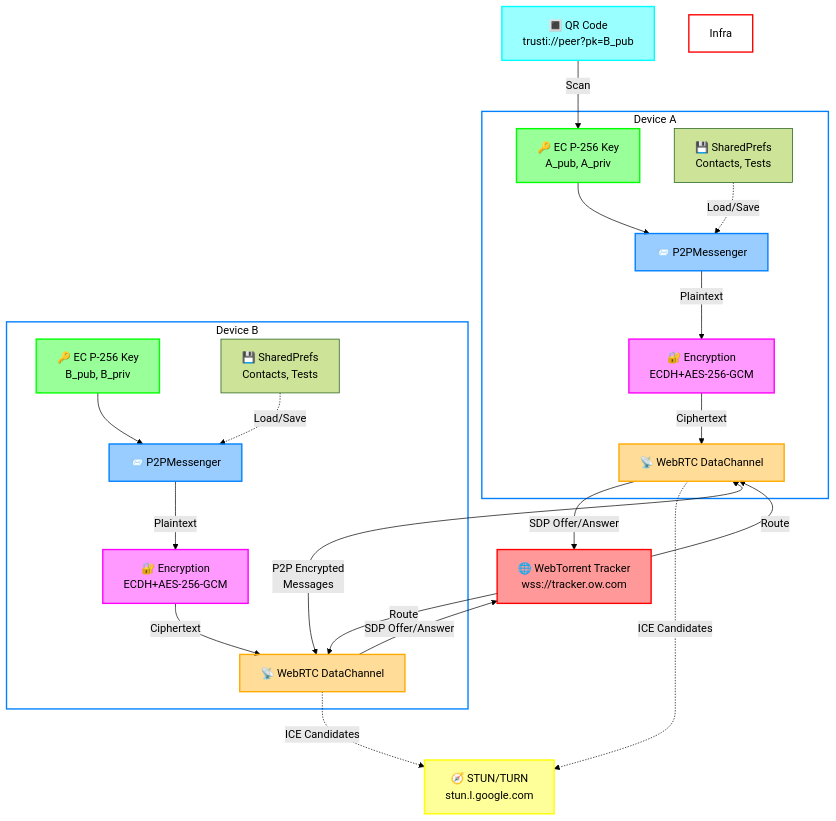
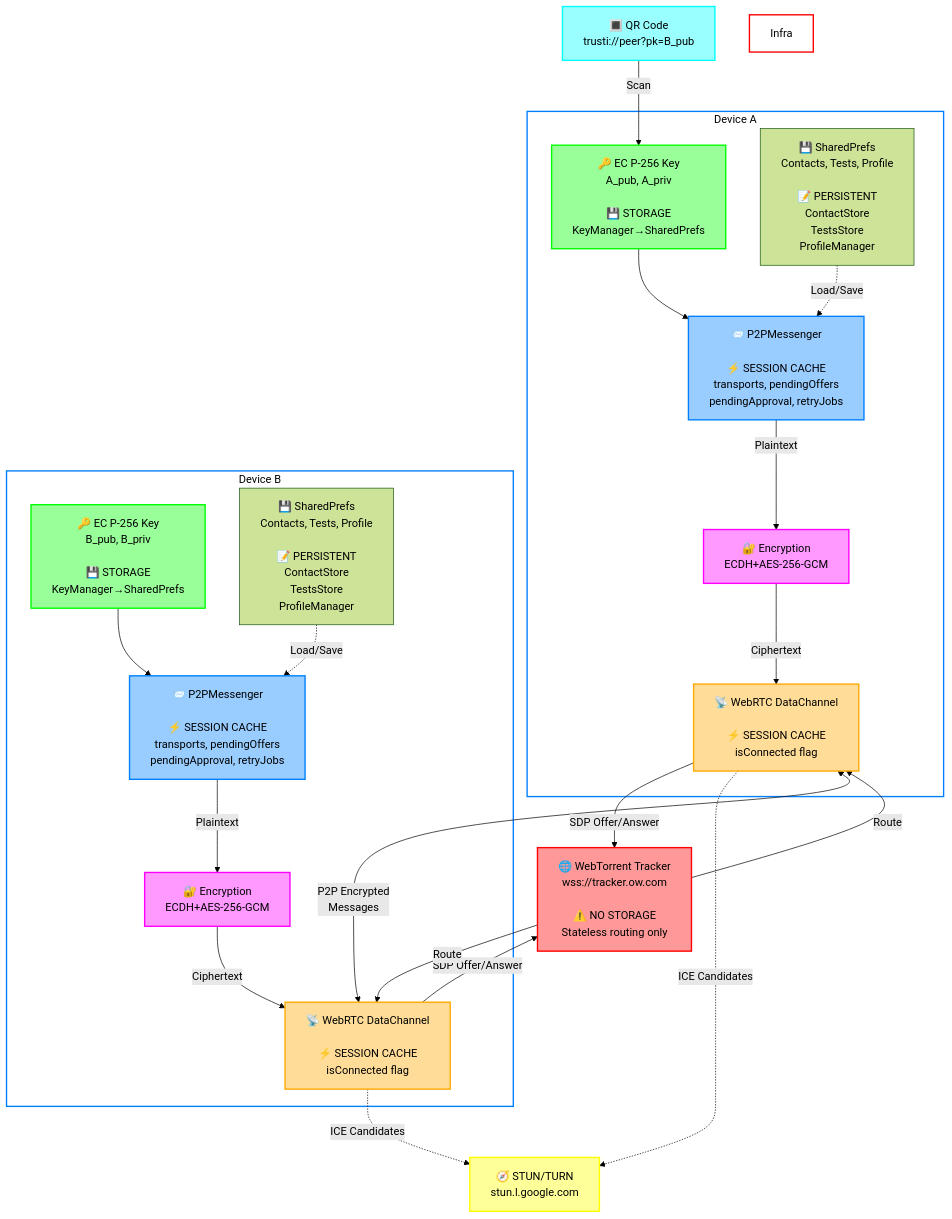
The first of 8 diagrams in README.md (davidevecchi/TruSTI), drawn with Mermaid (forest theme) before and after one commit. The commit also changed other lines of this file, not shown here.

````diff
--- a/README.md
+++ b/README.md
@@ -7,64 +7,64 @@
 ```mermaid
 graph TB
     QR["🔳 QR Code<br/>trusti://peer?pk=B_pub"]
     QR -->|Scan| A_Key
 
     subgraph DevA["Device A"]
-        A_Key["🔑 EC P-256 Key<br/>A_pub, A_priv"]
-        A_Store["💾 SharedPrefs<br/>Contacts, Tests"]
-        A_Messenger["📨 P2PMessenger"]
+        A_Key["🔑 EC P-256 Key<br/>A_pub, A_priv<br/><br/>💾 STORAGE<br/>KeyManager→SharedPrefs"]
+        A_Store["💾 SharedPrefs<br/>Contacts, Tests, Profile<br/><br/>📝 PERSISTENT<br/>ContactStore<br/>TestsStore<br/>ProfileManager"]
+        A_Messenger["📨 P2PMessenger<br/><br/>⚡ SESSION CACHE<br/>transports, pendingOffers<br/>pendingApproval, retryJobs"]
         A_Encrypt["🔐 Encryption<br/>ECDH+AES-256-GCM"]
-        A_WebRTC["📡 WebRTC DataChannel"]
+        A_WebRTC["📡 WebRTC DataChannel<br/><br/>⚡ SESSION CACHE<br/>isConnected flag"]
     end
 
-    Tracker["🌐 WebTorrent Tracker<br/>wss://tracker.ow.com"]
+    Tracker["🌐 WebTorrent Tracker<br/>wss://tracker.ow.com<br/><br/>⚠️ NO STORAGE<br/>Stateless routing only"]
     STUN["🧭 STUN/TURN<br/>stun.l.google.com"]
 
     subgraph DevB["Device B"]
-        B_Key["🔑 EC P-256 Key<br/>B_pub, B_priv"]
-        B_Store["💾 SharedPrefs<br/>Contacts, Tests"]
-        B_Messenger["📨 P2PMessenger"]
+        B_Key["🔑 EC P-256 Key<br/>B_pub, B_priv<br/><br/>💾 STORAGE<br/>KeyManager→SharedPrefs"]
+        B_Store["💾 SharedPrefs<br/>Contacts, Tests, Profile<br/><br/>📝 PERSISTENT<br/>ContactStore<br/>TestsStore<br/>ProfileManager"]
+        B_Messenger["📨 P2PMessenger<br/><br/>⚡ SESSION CACHE<br/>transports, pendingOffers<br/>pendingApproval, retryJobs"]
         B_Encrypt["🔐 Encryption<br/>ECDH+AES-256-GCM"]
-        B_WebRTC["📡 WebRTC DataChannel"]
+        B_WebRTC["📡 WebRTC DataChannel<br/><br/>⚡ SESSION CACHE<br/>isConnected flag"]
     end
 
     A_Key --> A_Messenger
     B_Key --> B_Messenger
 
     A_Store -.->|Load/Save| A_Messenger
     B_Store -.->|Load/Save| B_Messenger
 
     A_Messenger -->|Plaintext| A_Encrypt
     B_Messenger -->|Plaintext| B_Encrypt
 
     A_Encrypt -->|Ciphertext| A_WebRTC
     B_Encrypt -->|Ciphertext| B_WebRTC
 
     A_WebRTC -->|SDP Offer/Answer| Tracker
     B_WebRTC -->|SDP Offer/Answer| Tracker
     Tracker -->|Route| A_WebRTC
     Tracker -->|Route| B_WebRTC
 
     A_WebRTC -.->|ICE Candidates| STUN
     B_WebRTC -.->|ICE Candidates| STUN
 
     A_WebRTC <-->|P2P Encrypted<br/>Messages| B_WebRTC
 
     style DevA fill:#ffffff00,stroke:#0080ff,color:#000,stroke-width:2px
     style DevB fill:#ffffff00,stroke:#0080ff,color:#000,stroke-width:2px
     style Infra fill:#ffffff00,stroke:#ff0000,color:#000,stroke-width:2px
 
     style A_Key fill:#00ff0066,stroke:#00ff00,color:#000,stroke-width:2px
     style A_Messenger fill:#0080ff66,stroke:#0080ff,color:#000,stroke-width:2px
     style A_Encrypt fill:#ff00ff66,stroke:#ff00ff,color:#000,stroke-width:2px
     style A_WebRTC fill:#ffaa0066,stroke:#ffaa00,color:#000,stroke-width:2px
 
     style B_Key fill:#00ff0066,stroke:#00ff00,color:#000,stroke-width:2px
     style B_Messenger fill:#0080ff66,stroke:#0080ff,color:#000,stroke-width:2px
     style B_Encrypt fill:#ff00ff66,stroke:#ff00ff,color:#000,stroke-width:2px
     style B_WebRTC fill:#ffaa0066,stroke:#ffaa00,color:#000,stroke-width:2px
 
     style Tracker fill:#ff000066,stroke:#ff0000,color:#000,stroke-width:2px
     style STUN fill:#ffff0066,stroke:#ffff00,color:#000,stroke-width:2px
     style QR fill:#00ffff66,stroke:#00ffff,color:#000,stroke-width:2px
 ```
````
